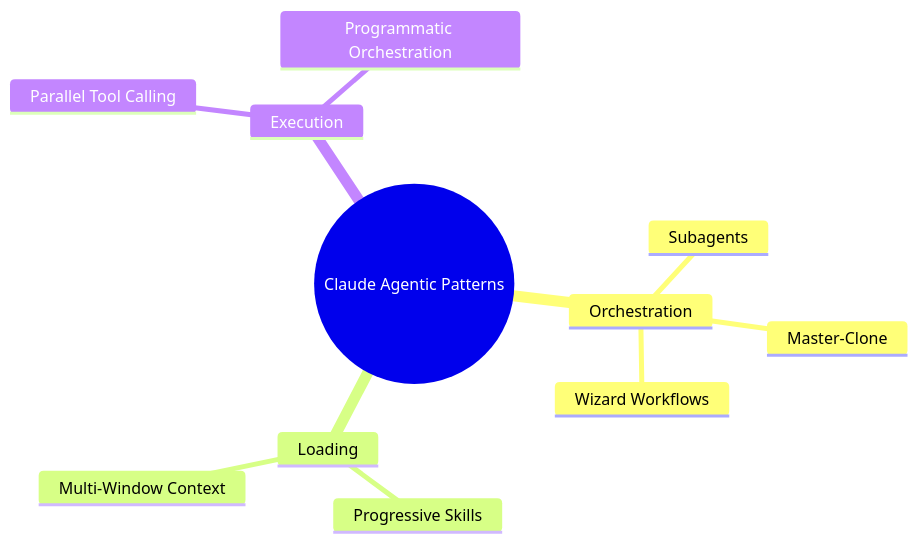
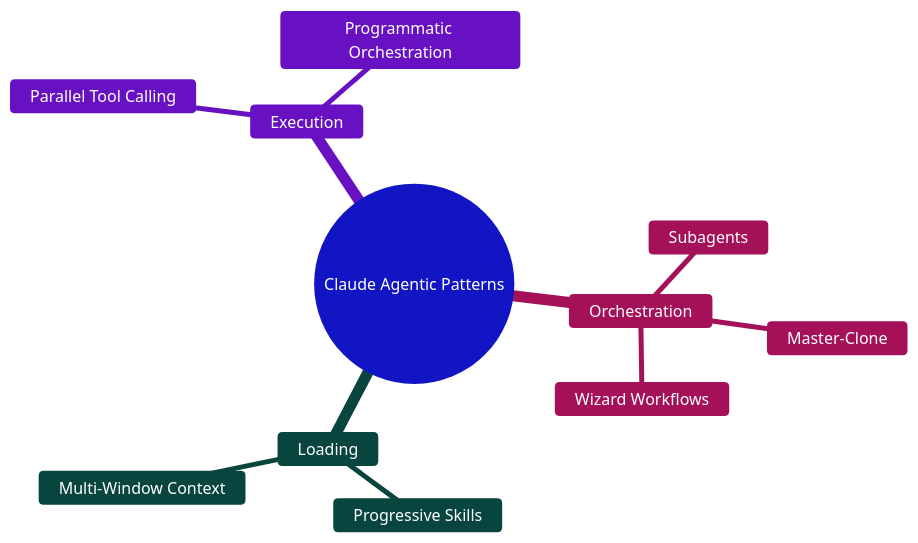
The first of 6 diagrams in README.md (ThibautMelen/agentic-ai-systems), drawn with Mermaid before and after one commit. The commit also changed other lines of this file and 7 other files, not shown here.

First line of the commit message:
style(diagrams): add vibrant colors to all Mermaid diagrams

````diff
--- a/README.md
+++ b/README.md
@@ -48,14 +48,15 @@
 ```mermaid
+%%{init: {'theme': 'base', 'themeVariables': { 'primaryColor': '#6366f1', 'primaryTextColor': '#ffffff', 'primaryBorderColor': '#4f46e5', 'lineColor': '#8b5cf6', 'secondaryColor': '#ec4899', 'tertiaryColor': '#14b8a6', 'background': '#1e1b4b', 'mainBkg': '#312e81', 'nodeBorder': '#818cf8', 'clusterBkg': '#1e1b4b', 'titleColor': '#f8fafc', 'edgeLabelBackground': '#1e1b4b'}}}%%
 mindmap
   root((Claude Agentic Patterns))
     Orchestration
       Subagents
       Master-Clone
       Wizard Workflows
     Loading
       Progressive Skills
       Multi-Window Context
     Execution
       Parallel Tool Calling
       Programmatic Orchestration
 ```
````
